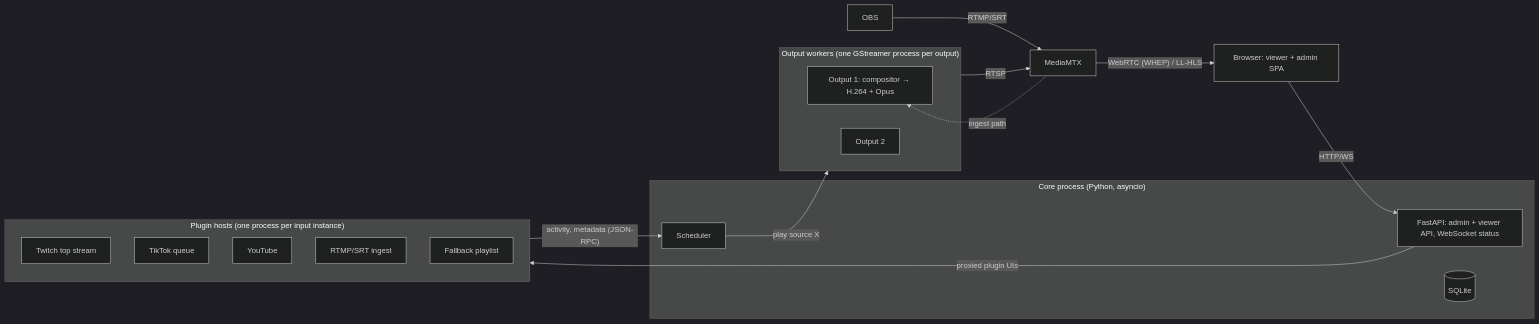
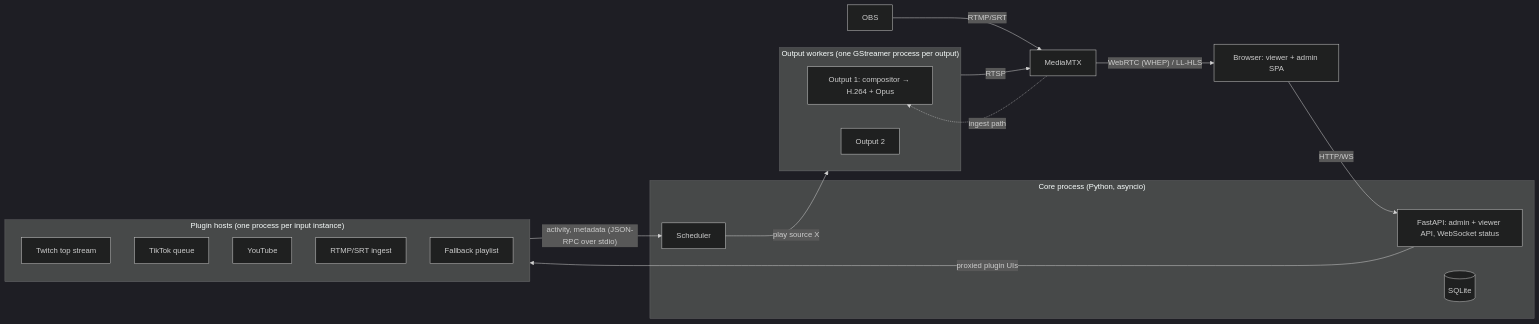
Before and after one commit to zGLados/lan-streamer: the diagram in docs/architecture.md, drawn with Mermaid (dark theme). The commit also changed other lines of this file and 2 other files, not shown here.

````diff
--- a/docs/architecture.md
+++ b/docs/architecture.md
@@ -9,33 +9,33 @@
 ```mermaid
 flowchart LR
     subgraph plugins["Plugin hosts (one process per input instance)"]
         TW[Twitch top stream]
         TT[TikTok queue]
         YT[YouTube]
         IN[RTMP/SRT ingest]
         FB[Fallback playlist]
     end
 
     subgraph core["Core process (Python, asyncio)"]
         API[FastAPI: admin + viewer API, WebSocket status]
         SCH[Scheduler]
         DB[(SQLite)]
     end
 
     subgraph outputs["Output workers (one GStreamer process per output)"]
         O1[Output 1: compositor → H.264 + Opus]
         O2[Output 2]
     end
 
     MTX[MediaMTX]
     WEB[Browser: viewer + admin SPA]
     OBS[OBS] -- RTMP/SRT --> MTX
 
-    plugins -- "activity, metadata (JSON-RPC)" --> SCH
+    plugins -- "activity, metadata (JSON-RPC over stdio)" --> SCH
     SCH -- "play source X" --> outputs
     outputs -- RTSP --> MTX
     MTX -- "WebRTC (WHEP) / LL-HLS" --> WEB
     WEB -- HTTP/WS --> API
     API -- "proxied plugin UIs" --> plugins
     MTX -. "ingest path" .-> O1
 ```
````
